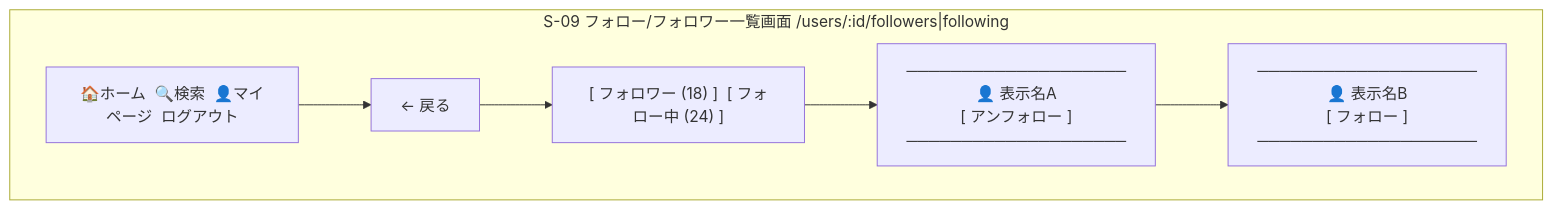
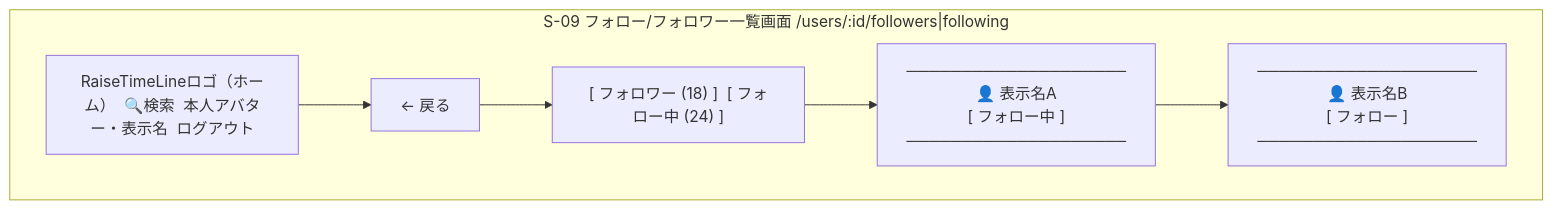
One commit to yamamotonaoki3/RaiseTimeLine changed the ninth of 11 diagrams in docs/details/wireframes.md. Above: the diagram before and after it, drawn with Mermaid. The commit also changed other lines of this file and 27 other files, not shown here.

````diff
--- a/docs/details/wireframes.md
+++ b/docs/details/wireframes.md
@@ -132,11 +132,11 @@
 ```mermaid
 flowchart TB
     subgraph S09["S-09 フォロー/フォロワー一覧画面 /users/:id/followers|following"]
-        Nav["🏠ホーム  🔍検索  👤マイページ  ログアウト"]
+        Nav["RaiseTimeLineロゴ（ホーム）  🔍検索  本人アバター・表示名  ログアウト"]
         Back["← 戻る"]
         Tabs["[ フォロワー (18) ]  [ フォロー中 (24) ]"]
-        UserCard1["────────────────────\n👤 表示名A\n[ アンフォロー ]\n────────────────────"]
+        UserCard1["────────────────────\n👤 表示名A\n[ フォロー中 ]\n────────────────────"]
         UserCard2["────────────────────\n👤 表示名B\n[ フォロー ]\n────────────────────"]
         Nav --> Back --> Tabs --> UserCard1 --> UserCard2
     end
 ```
````
